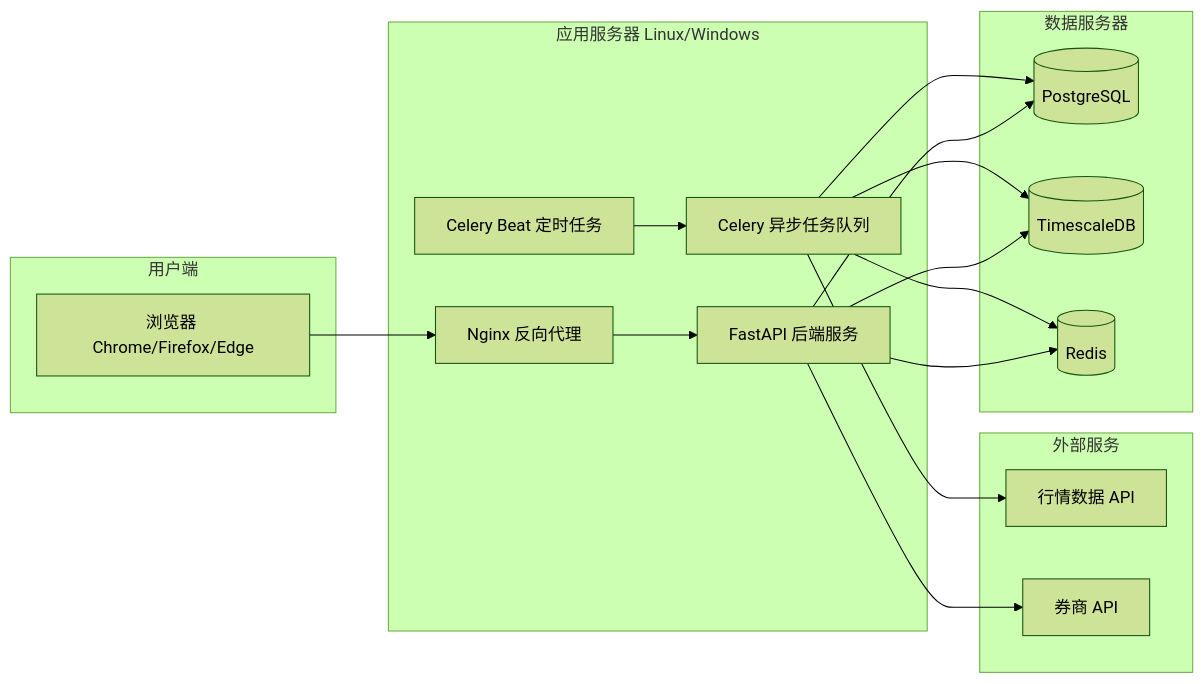
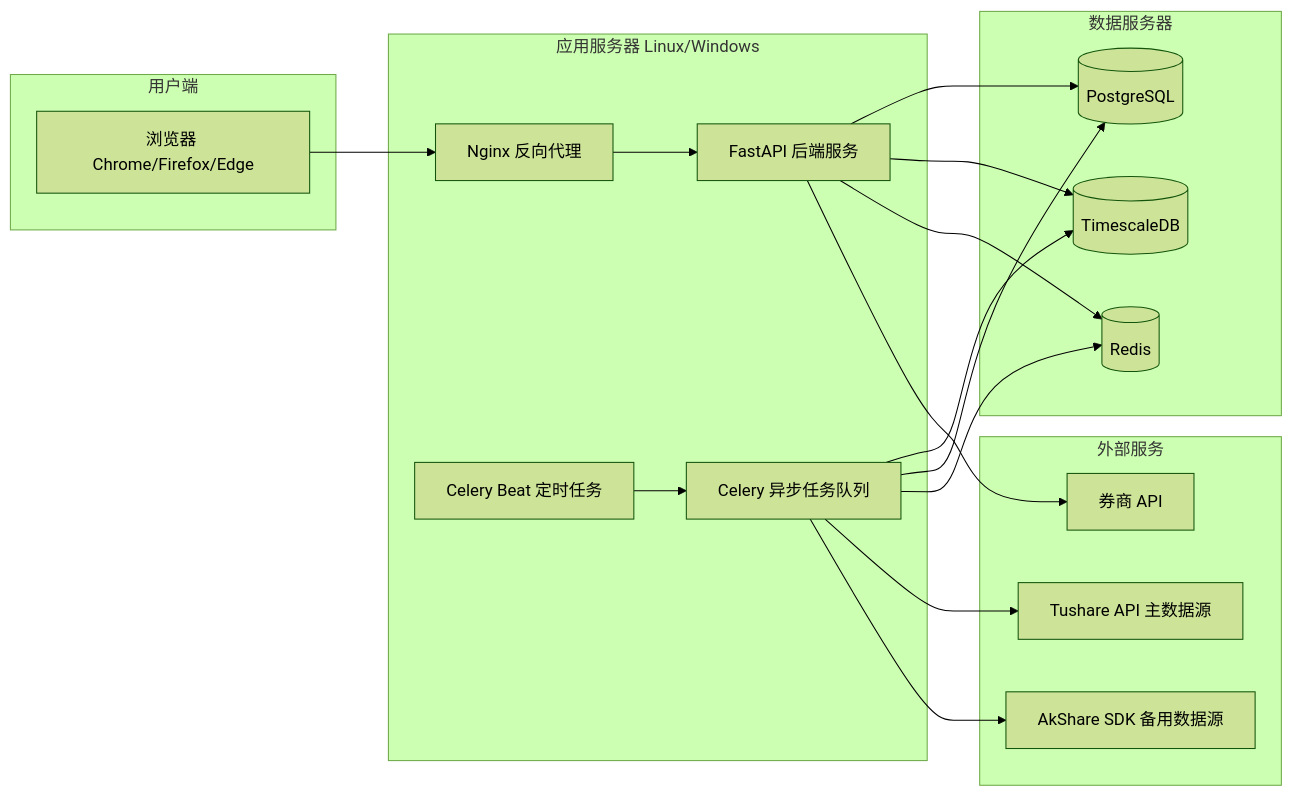
Before and after one commit to xdengpao/PoperRight: the second of 8 diagrams in .kiro/specs/a-share-quant-trading-system/design.md, drawn with Mermaid (forest theme). The commit also changed other lines of this file and 73 other files, not shown here.

````diff
--- a/.kiro/specs/a-share-quant-trading-system/design.md
+++ b/.kiro/specs/a-share-quant-trading-system/design.md
@@ -81,36 +94,38 @@
 ```mermaid
 graph LR
     subgraph 用户端
         Browser[浏览器 Chrome/Firefox/Edge]
     end
 
     subgraph 应用服务器 Linux/Windows
         Nginx[Nginx 反向代理]
         FastAPI[FastAPI 后端服务]
         Celery[Celery 异步任务队列]
         Beat[Celery Beat 定时任务]
     end
 
     subgraph 数据服务器
         PG[(PostgreSQL)]
         TS[(TimescaleDB)]
         Redis[(Redis)]
     end
 
     subgraph 外部服务
-        DataAPI[行情数据 API]
+        Tushare[Tushare API 主数据源]
+        AkShare[AkShare SDK 备用数据源]
         BrokerAPI[券商 API]
     end
 
     Browser --> Nginx
     Nginx --> FastAPI
     FastAPI --> PG
     FastAPI --> TS
     FastAPI --> Redis
     Celery --> TS
     Celery --> PG
     Celery --> Redis
     Beat --> Celery
-    Celery --> DataAPI
+    Celery --> Tushare
+    Celery --> AkShare
     FastAPI --> BrokerAPI
 ```
````
